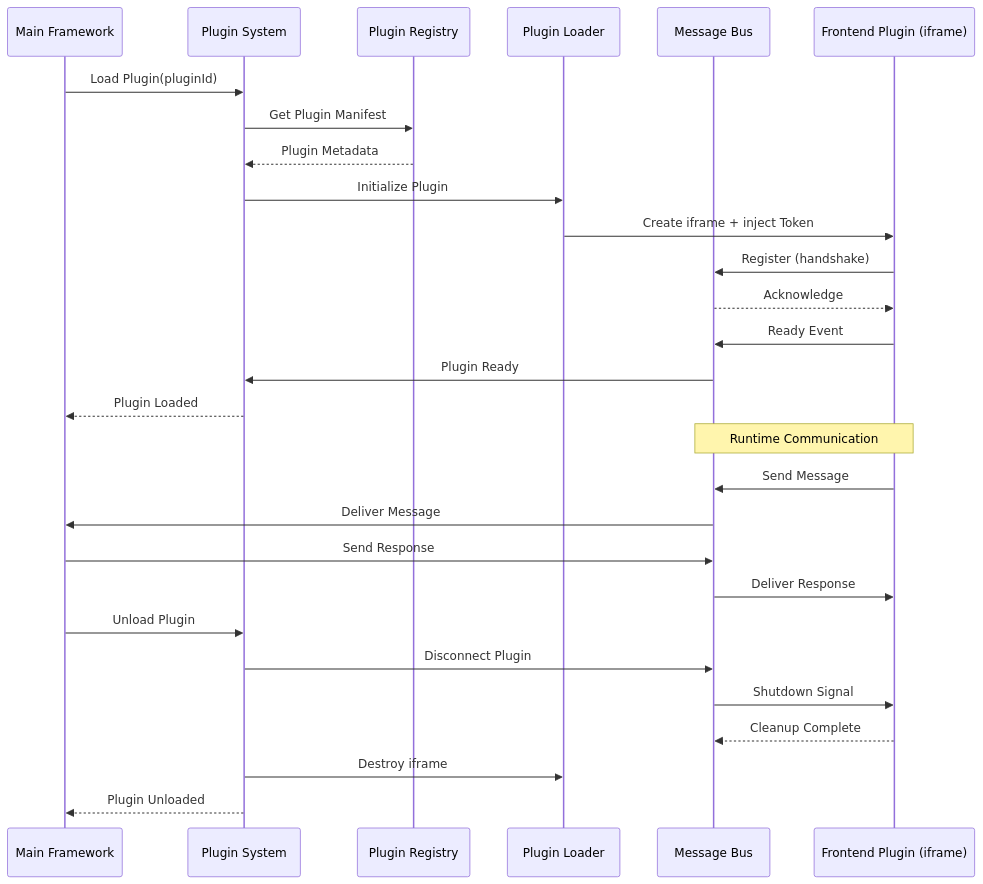
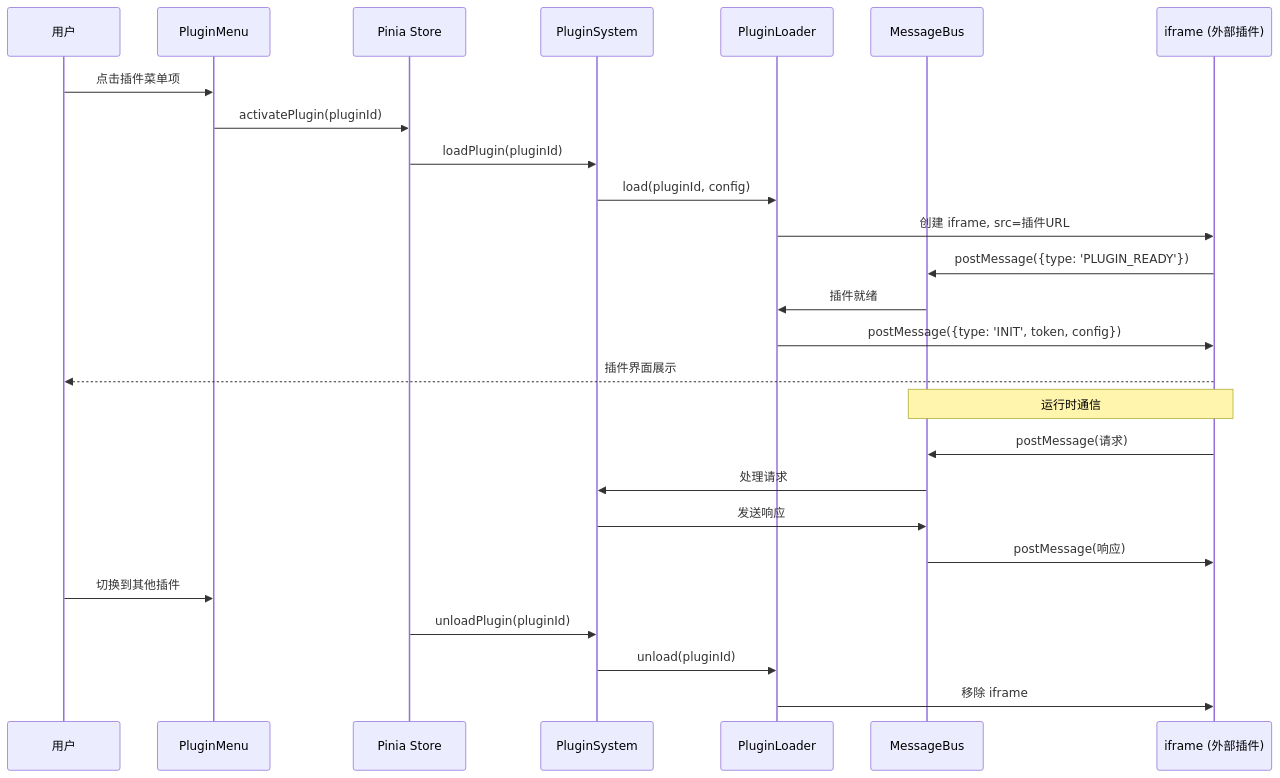
One commit to gdgeek/vue3.7dgame.com changed the second of 2 diagrams in .kiro/specs/plugin-system/design.md. Above: the diagram before and after it, drawn with Mermaid. The commit also changed other lines of this file and 3 other files, not shown here.

Commit message:
feat: plugin system UI 组件与 spec 文档更新

````diff
--- a/.kiro/specs/plugin-system/design.md
+++ b/.kiro/specs/plugin-system/design.md
@@ -100,33 +75,31 @@
 ```mermaid
 sequenceDiagram
-    participant MF as Main Framework
-    participant PS as Plugin System
-    participant PR as Plugin Registry
-    participant PL as Plugin Loader
-    participant MB as Message Bus
-    participant FP as Frontend Plugin (iframe)
+    participant U as 用户
+    participant Menu as PluginMenu
+    participant Store as Pinia Store
+    participant PS as PluginSystem
+    participant PL as PluginLoader
+    participant MB as MessageBus
+    participant IF as iframe (外部插件)
 
-    MF->>PS: Load Plugin(pluginId)
-    PS->>PR: Get Plugin Manifest
-    PR-->>PS: Plugin Metadata
-    PS->>PL: Initialize Plugin
-    PL->>FP: Create iframe + inject Token
-    FP->>MB: Register (handshake)
-    MB-->>FP: Acknowledge
-    FP->>MB: Ready Event
-    MB->>PS: Plugin Ready
-    PS-->>MF: Plugin Loaded
+    U->>Menu: 点击插件菜单项
+    Menu->>Store: activatePlugin(pluginId)
+    Store->>PS: loadPlugin(pluginId)
+    PS->>PL: load(pluginId, config)
+    PL->>IF: 创建 iframe, src=插件URL
+    IF->>MB: postMessage({type: 'PLUGIN_READY'})
+    MB->>PL: 插件就绪
+    PL->>IF: postMessage({type: 'INIT', token, config})
+    IF-->>U: 插件界面展示
 
-    Note over FP,MB: Runtime Communication
-    FP->>MB: Send Message
-    MB->>MF: Deliver Message
-    MF->>MB: Send Response
-    MB->>FP: Deliver Response
+    Note over IF,MB: 运行时通信
+    IF->>MB: postMessage(请求)
+    MB->>PS: 处理请求
+    PS->>MB: 发送响应
+    MB->>IF: postMessage(响应)
 
-    MF->>PS: Unload Plugin
-    PS->>MB: Disconnect Plugin
-    MB->>FP: Shutdown Signal
-    FP-->>MB: Cleanup Complete
-    PS->>PL: Destroy iframe
-    PS-->>MF: Plugin Unloaded
+    U->>Menu: 切换到其他插件
+    Store->>PS: unloadPlugin(pluginId)
+    PS->>PL: unload(pluginId)
+    PL->>IF: 移除 iframe
 ```
````
